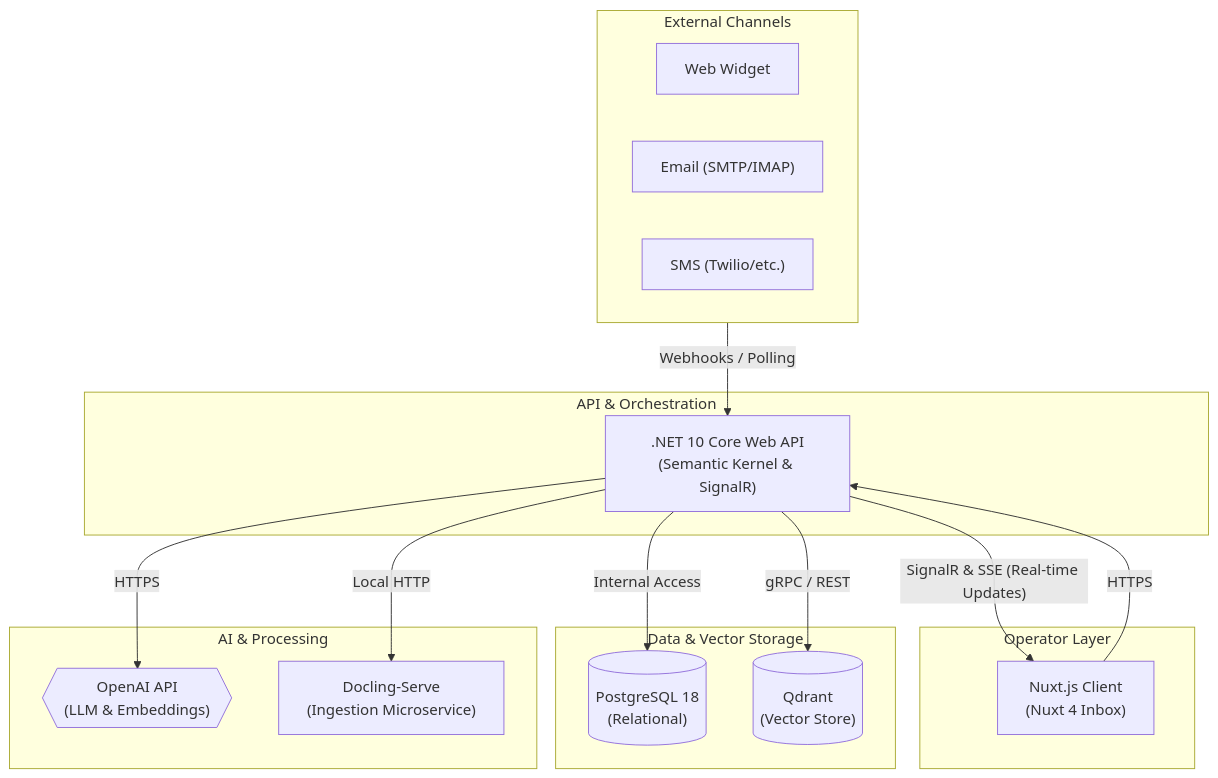
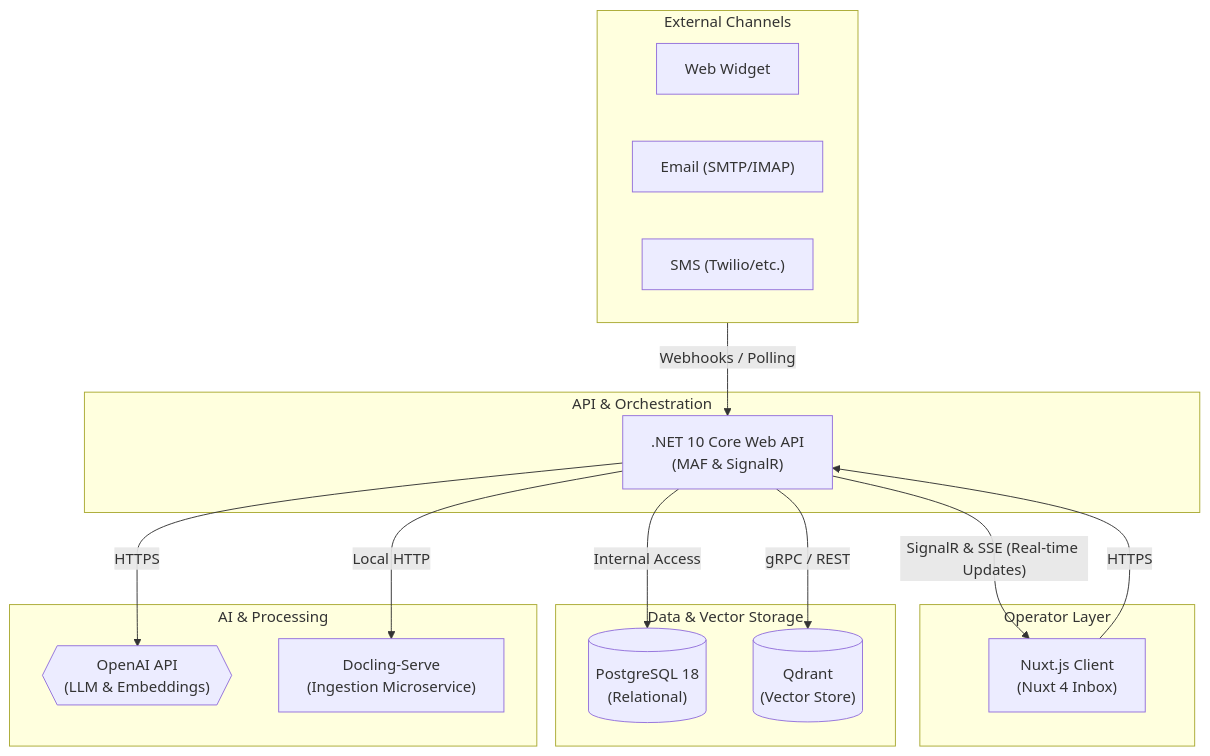
One commit to u3kkasha/chatbot changed the first of 2 diagrams in docs/ARD.md. Above: the diagram before and after it, drawn with Mermaid. The commit also changed other lines of this file and 4 other files, not shown here.

Commit message:
📦 feat(ai): Replace Semantic Kernel with Microsoft Agent Framework (MAF)

````diff
--- a/docs/ARD.md
+++ b/docs/ARD.md
@@ -9,34 +9,34 @@
 ```mermaid
 graph TD
     subgraph Channels [External Channels]
         Widget["Web Widget"]
         Email["Email (SMTP/IMAP)"]
         SMS["SMS (Twilio/etc.)"]
     end
 
     subgraph Client_Layer [Operator Layer]
         Client["Nuxt.js Client<br/>(Nuxt 4 Inbox)"]
     end
 
     subgraph API_Gateway [API & Orchestration]
-        API[".NET 10 Core Web API<br/>(Semantic Kernel & SignalR)"]
+        API[".NET 10 Core Web API<br/>(MAF & SignalR)"]
     end
 
     subgraph Storage_Tier [Data & Vector Storage]
         PostgreSQL[("PostgreSQL 18<br/>(Relational)")]
         Qdrant[("Qdrant<br/>(Vector Store)")]
     end
 
     subgraph External_Services [AI & Processing]
         OpenAI{{"OpenAI API<br/>(LLM & Embeddings)"}}
         Docling["Docling-Serve<br/>(Ingestion Microservice)"]
     end
 
     Channels -- "Webhooks / Polling" --> API
     API -- "SignalR & SSE (Real-time Updates)" --> Client
     Client -- "HTTPS" --> API
     API -- "Internal Access" --> PostgreSQL
     API -- "gRPC / REST" --> Qdrant
     API -- "HTTPS" --> OpenAI
     API -- "Local HTTP" --> Docling
 ```
````
